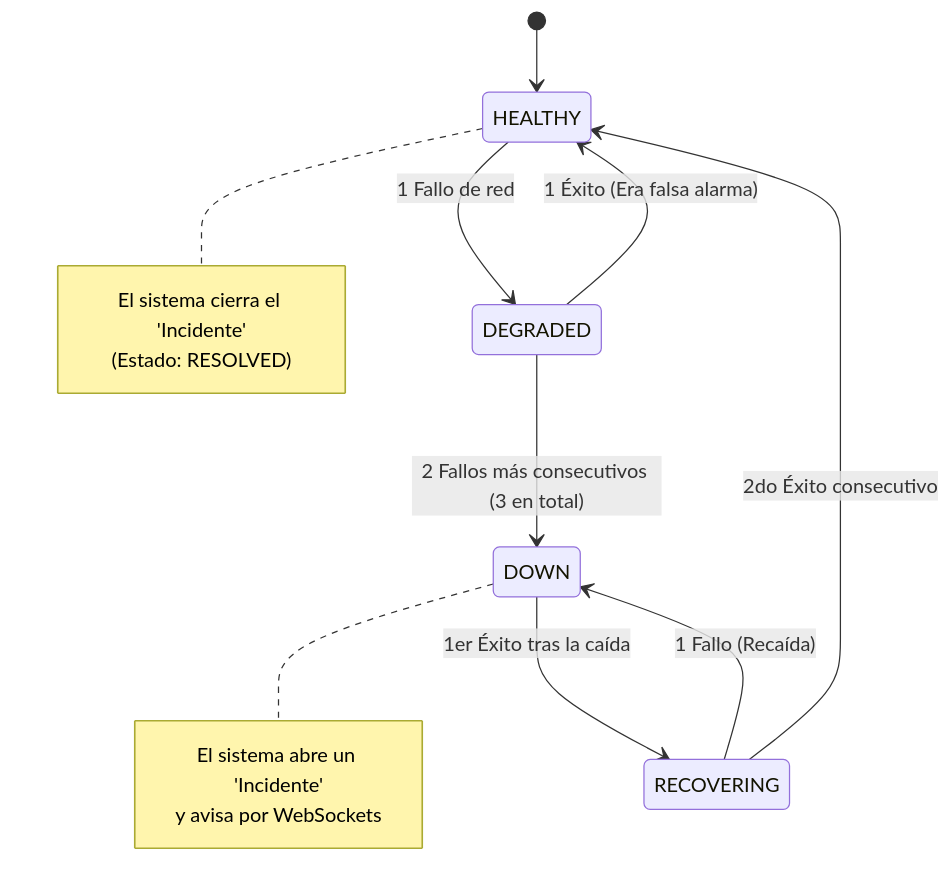
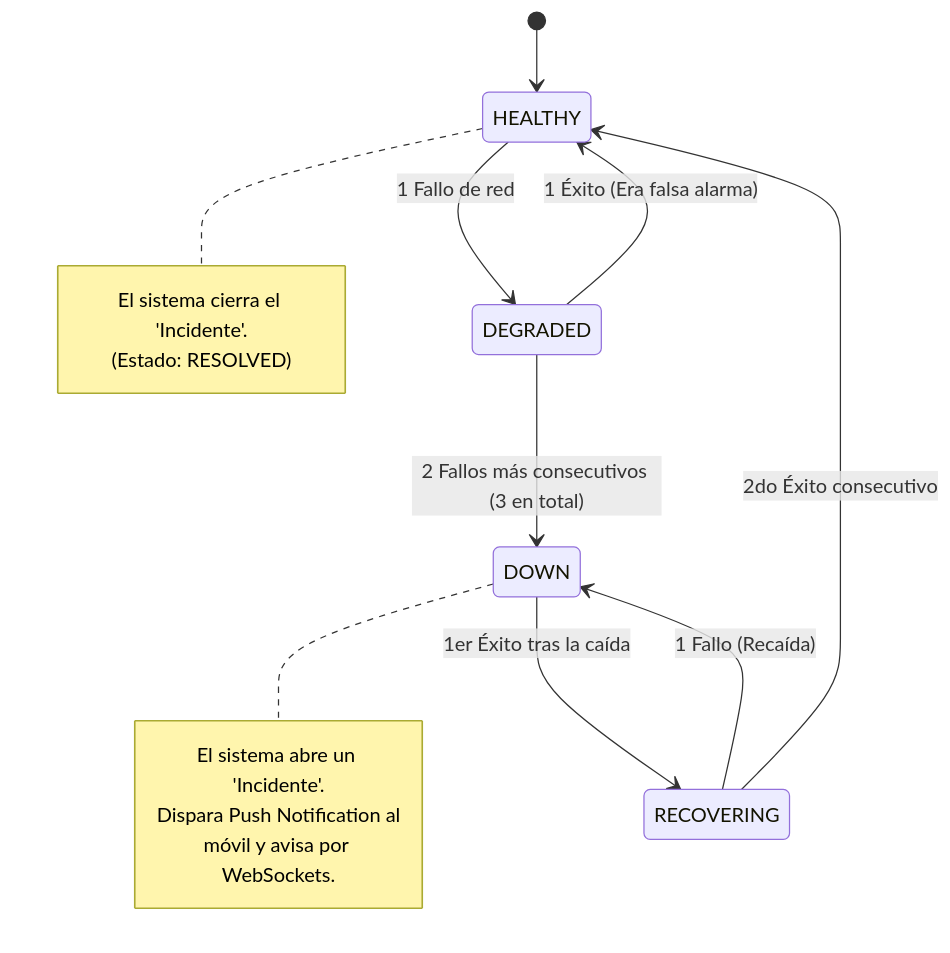
One commit to Marcosdaag/deploy-ops changed the second of 2 diagrams in docs/DOMAIN_AND_RULES.md. Above: the diagram before and after it, drawn with Mermaid. The commit also changed other lines of this file and 4 other files, not shown here.

````diff
--- a/docs/DOMAIN_AND_RULES.md
+++ b/docs/DOMAIN_AND_RULES.md
@@ -62,22 +62,23 @@
 ```mermaid
 stateDiagram-v2
     [*] --> HEALTHY
     
     HEALTHY --> DEGRADED : 1 Fallo de red
     DEGRADED --> HEALTHY : 1 Éxito (Era falsa alarma)
     
     DEGRADED --> DOWN : 2 Fallos más consecutivos (3 en total)
     note right of DOWN
-      El sistema abre un 'Incidente'
-      y avisa por WebSockets
+      El sistema abre un 'Incidente'.
+      Dispara Push Notification al
+      móvil y avisa por WebSockets.
     end note
     
     DOWN --> RECOVERING : 1er Éxito tras la caída
     RECOVERING --> DOWN : 1 Fallo (Recaída)
     
     RECOVERING --> HEALTHY : 2do Éxito consecutivo
     note right of HEALTHY
-      El sistema cierra el 'Incidente'
+      El sistema cierra el 'Incidente'.
       (Estado: RESOLVED)
     end note
 ```
````
